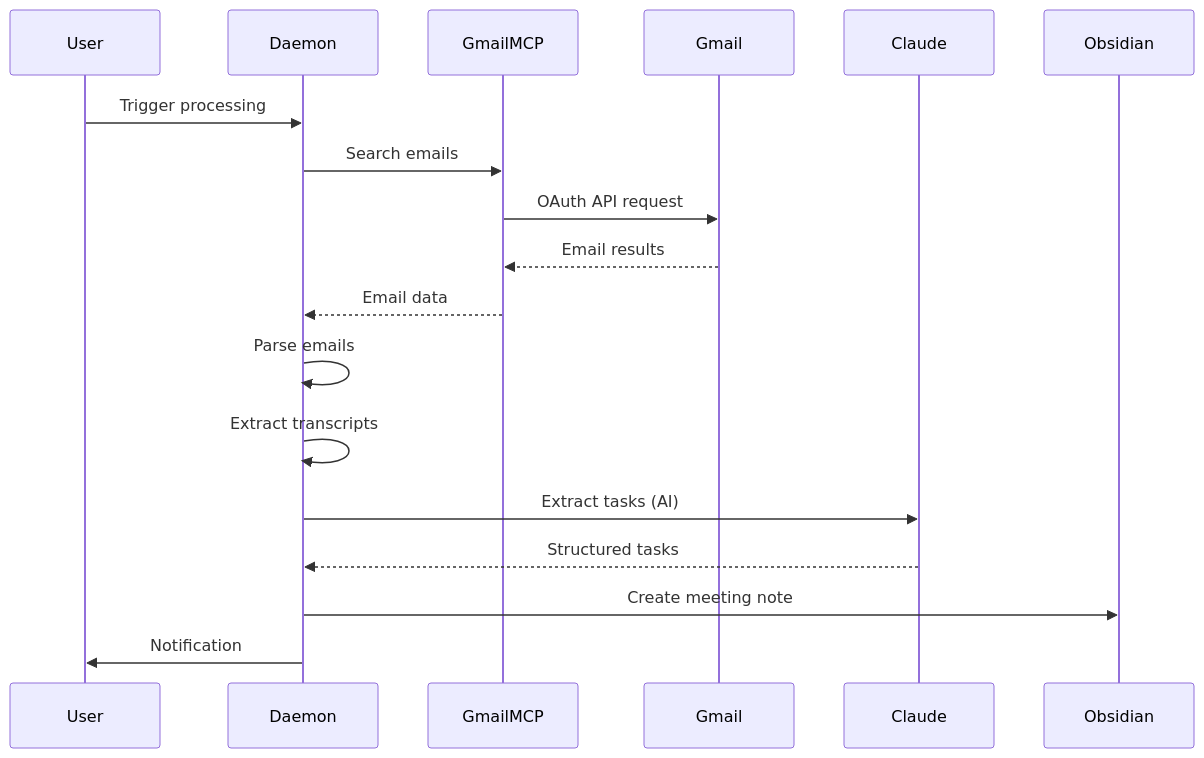
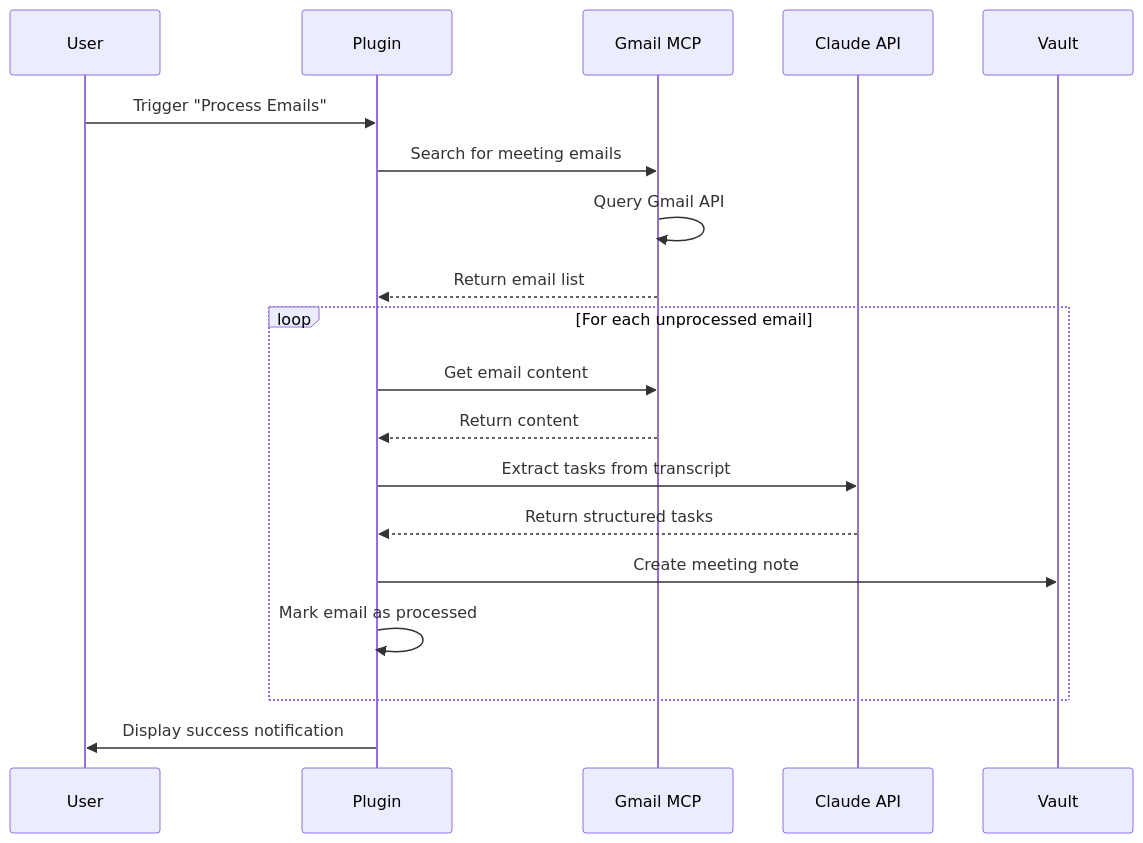
The second of 2 diagrams in docs/system-architecture.md (jimallen/TasksAgent), drawn with Mermaid before and after one commit. The commit also changed other lines of this file and 156 other files, not shown here.

First line of the commit message:
refactor: convert project to standalone Obsidian plugin

````diff
--- a/docs/system-architecture.md
+++ b/docs/system-architecture.md
@@ -167,24 +128,24 @@
 ```mermaid
 sequenceDiagram
-    participant User
-    participant Daemon
-    participant GmailMCP
-    participant Gmail
-    participant Claude
-    participant Obsidian
+    participant U as User
+    participant P as Plugin
+    participant G as Gmail MCP
+    participant C as Claude API
+    participant V as Vault
     
-    User->>Daemon: Trigger processing
-    Daemon->>GmailMCP: Search emails
-    GmailMCP->>Gmail: OAuth API request
-    Gmail-->>GmailMCP: Email results
-    GmailMCP-->>Daemon: Email data
+    U->>P: Trigger "Process Emails"
+    P->>G: Search for meeting emails
+    G->>G: Query Gmail API
+    G-->>P: Return email list
     
-    Daemon->>Daemon: Parse emails
-    Daemon->>Daemon: Extract transcripts
+    loop For each unprocessed email
+        P->>G: Get email content
+        G-->>P: Return content
+        P->>C: Extract tasks from transcript
+        C-->>P: Return structured tasks
+        P->>V: Create meeting note
+        P->>P: Mark email as processed
+    end
     
-    Daemon->>Claude: Extract tasks (AI)
-    Claude-->>Daemon: Structured tasks
-    
-    Daemon->>Obsidian: Create meeting note
-    Daemon->>User: Notification
+    P->>U: Display success notification
 ```
````
